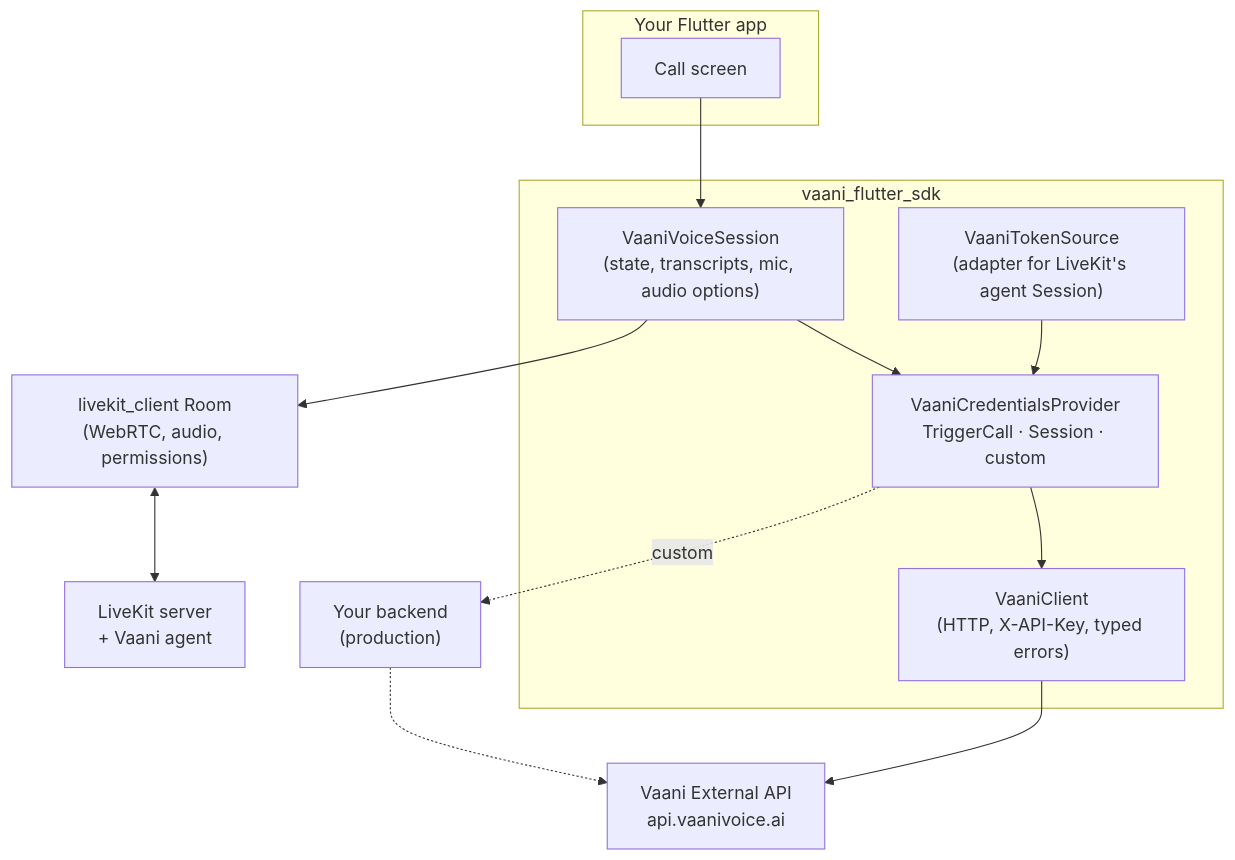
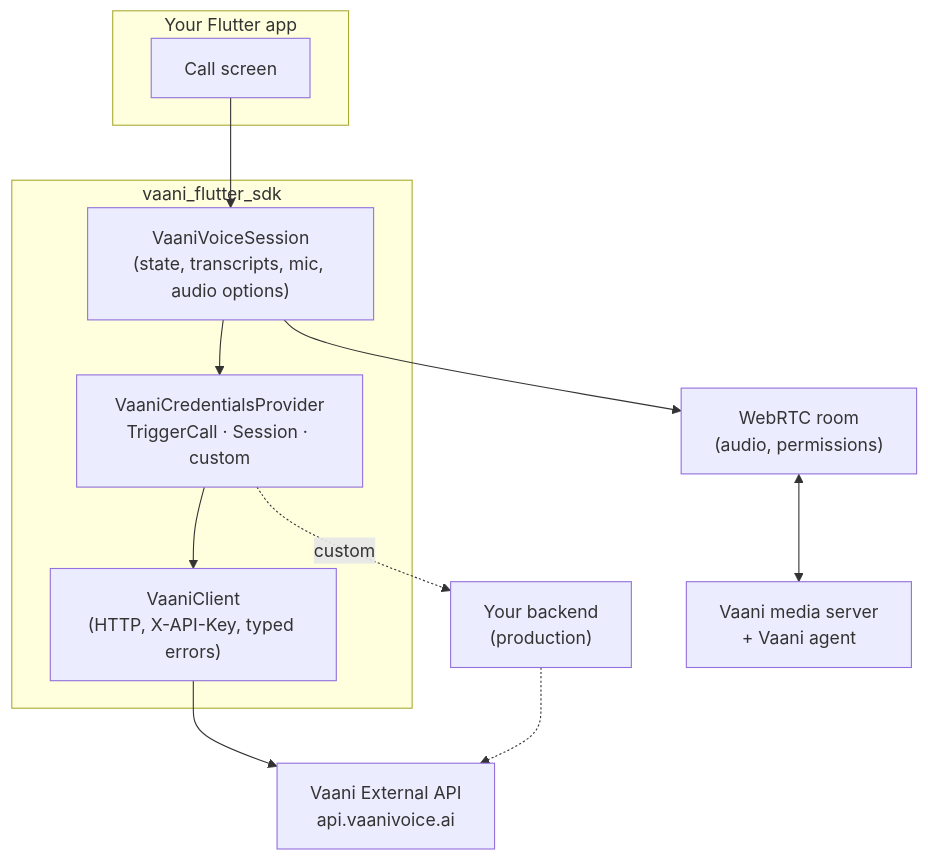
The first of 3 diagrams in docs/architecture.md (VaaniResearchLab/vaani-flutter-sdk), drawn with Mermaid before and after one commit. The commit also changed other lines of this file and 10 other files, not shown here.

````diff
--- a/docs/architecture.md
+++ b/docs/architecture.md
@@ -5,26 +5,24 @@
 ```mermaid
 flowchart TB
   subgraph App["Your Flutter app"]
     UI[Call screen]
   end
   subgraph SDK["vaani_flutter_sdk"]
     VS["VaaniVoiceSession<br/>(state, transcripts, mic, audio options)"]
-    TS["VaaniTokenSource<br/>(adapter for LiveKit's agent Session)"]
     CP["VaaniCredentialsProvider<br/>TriggerCall · Session · custom"]
     VC["VaaniClient<br/>(HTTP, X-API-Key, typed errors)"]
   end
-  LK["livekit_client Room<br/>(WebRTC, audio, permissions)"]
+  LK["WebRTC room<br/>(audio, permissions)"]
   API["Vaani External API<br/>api.vaanivoice.ai"]
-  LKS["LiveKit server<br/>+ Vaani agent"]
+  LKS["Vaani media server<br/>+ Vaani agent"]
   BE["Your backend<br/>(production)"]
 
   UI --> VS
   VS --> CP
-  TS --> CP
   CP --> VC
   CP -.custom.-> BE
   BE -.-> API
   VC --> API
   VS --> LK
   LK <--> LKS
 ```
````
